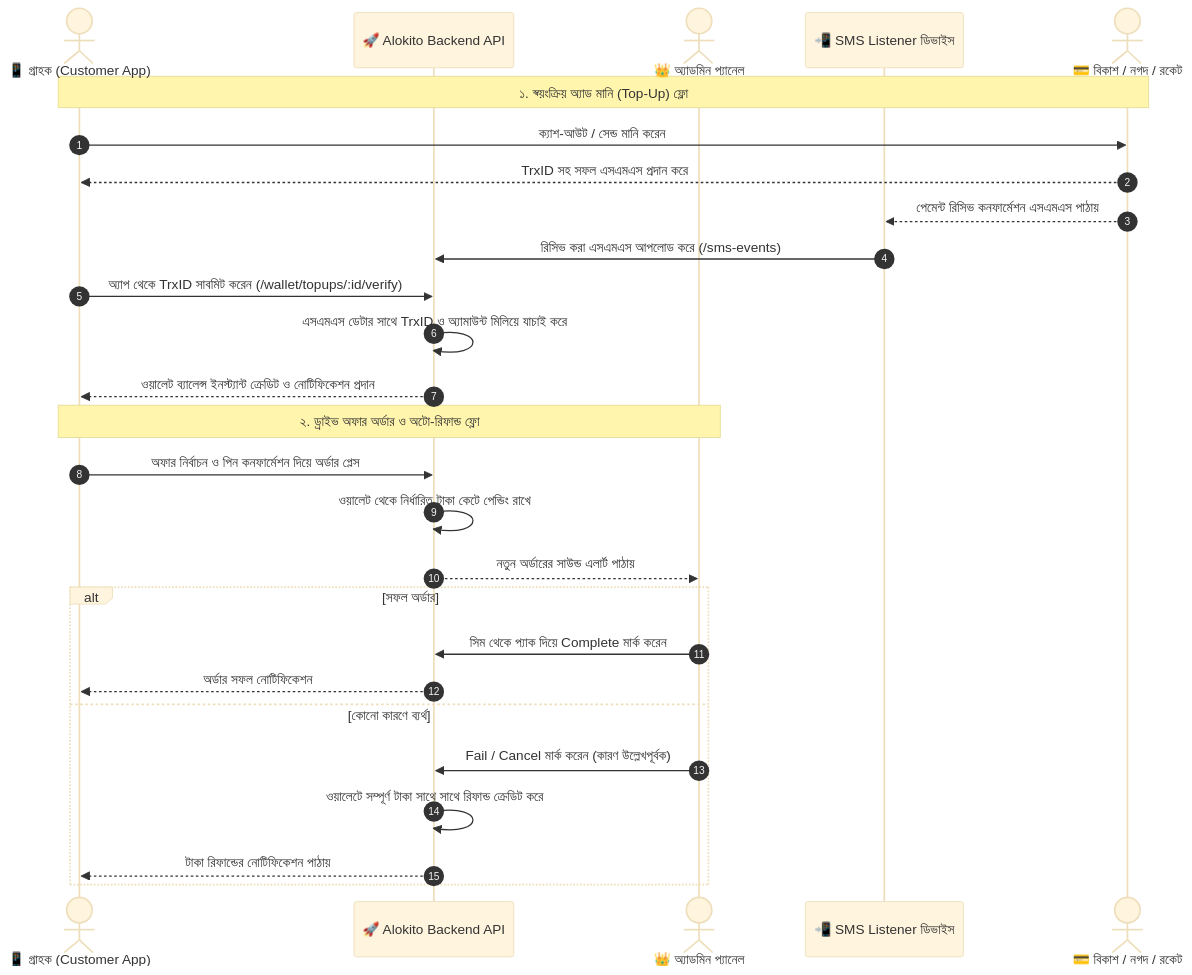
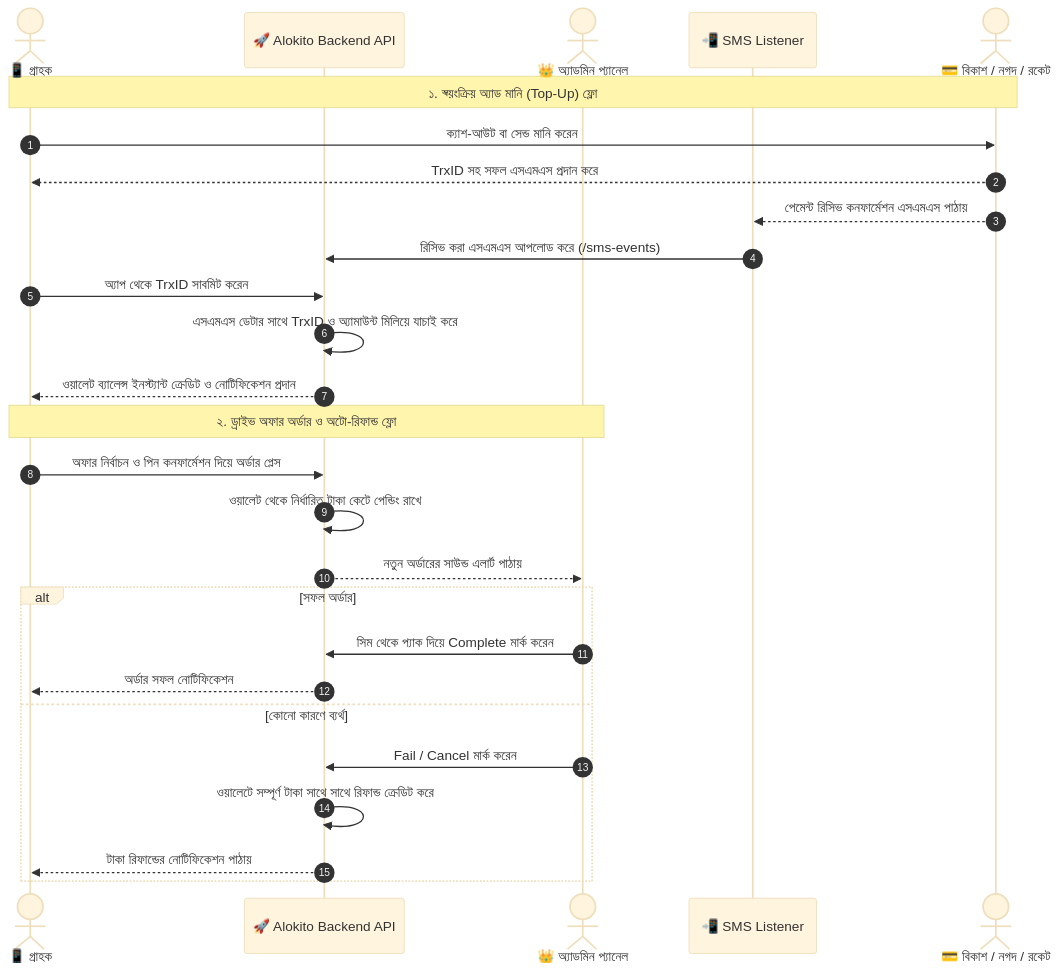
The diagram in README.md (imamhossenbu/drive-offer-customer-app), drawn with Mermaid (base theme) before and after one commit. The commit also changed other lines of this file, not shown here.

Commit message:
fix(docs): resolve Mermaid sequence diagram syntax and arrow symbols

````diff
--- a/README.md
+++ b/README.md
@@ -52,31 +52,31 @@
 ```mermaid
 sequenceDiagram
     autonumber
-    actor Customer as 📱 গ্রাহক (Customer App)
+    actor Customer as 📱 গ্রাহক
     participant Backend as 🚀 Alokito Backend API
     actor Admin as 👑 অ্যাডমিন প্যানেল
-    participant Listener as 📲 SMS Listener ডিভাইস
+    participant Listener as 📲 SMS Listener
     actor MFS as 💳 বিকাশ / নগদ / রকেট
 
     Note over Customer, MFS: ১. স্বয়ংক্রিয় অ্যাড মানি (Top-Up) ফ্লো
-    Customer->>MFS: ক্যাশ-আউট / সেন্ড মানি করেন
+    Customer->>MFS: ক্যাশ-আউট বা সেন্ড মানি করেন
     MFS-->>Customer: TrxID সহ সফল এসএমএস প্রদান করে
     MFS-->>Listener: পেমেন্ট রিসিভ কনফার্মেশন এসএমএস পাঠায়
     Listener->>Backend: রিসিভ করা এসএমএস আপলোড করে (/sms-events)
-    Customer->>Backend: অ্যাপ থেকে TrxID সাবমিট করেন (/wallet/topups/:id/verify)
+    Customer->>Backend: অ্যাপ থেকে TrxID সাবমিট করেন
     Backend->>Backend: এসএমএস ডেটার সাথে TrxID ও অ্যামাউন্ট মিলিয়ে যাচাই করে
     Backend-->>Customer: ওয়ালেট ব্যালেন্স ইনস্ট্যান্ট ক্রেডিট ও নোটিফিকেশন প্রদান
 
     Note over Customer, Admin: ২. ড্রাইভ অফার অর্ডার ও অটো-রিফান্ড ফ্লো
     Customer->>Backend: অফার নির্বাচন ও পিন কনফার্মেশন দিয়ে অর্ডার প্লেস
     Backend->>Backend: ওয়ালেট থেকে নির্ধারিত টাকা কেটে পেন্ডিং রাখে
     Backend-->>Admin: নতুন অর্ডারের সাউন্ড এলার্ট পাঠায়
     alt সফল অর্ডার
         Admin->>Backend: সিম থেকে প্যাক দিয়ে Complete মার্ক করেন
         Backend-->>Customer: অর্ডার সফল নোটিফিকেশন
     else কোনো কারণে ব্যর্থ
-        Admin->>Backend: Fail / Cancel মার্ক করেন (কারণ উল্লেখপূর্বক)
+        Admin->>Backend: Fail / Cancel মার্ক করেন
         Backend->>Backend: ওয়ালেটে সম্পূর্ণ টাকা সাথে সাথে রিফান্ড ক্রেডিট করে
         Backend-->>Customer: টাকা রিফান্ডের নোটিফিকেশন পাঠায়
     end
 ```
````
